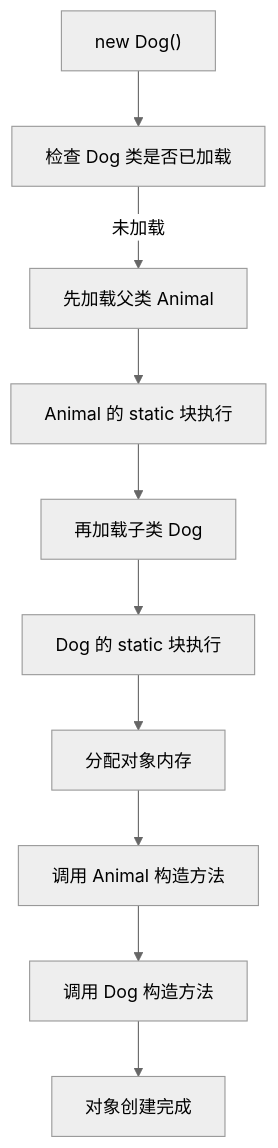
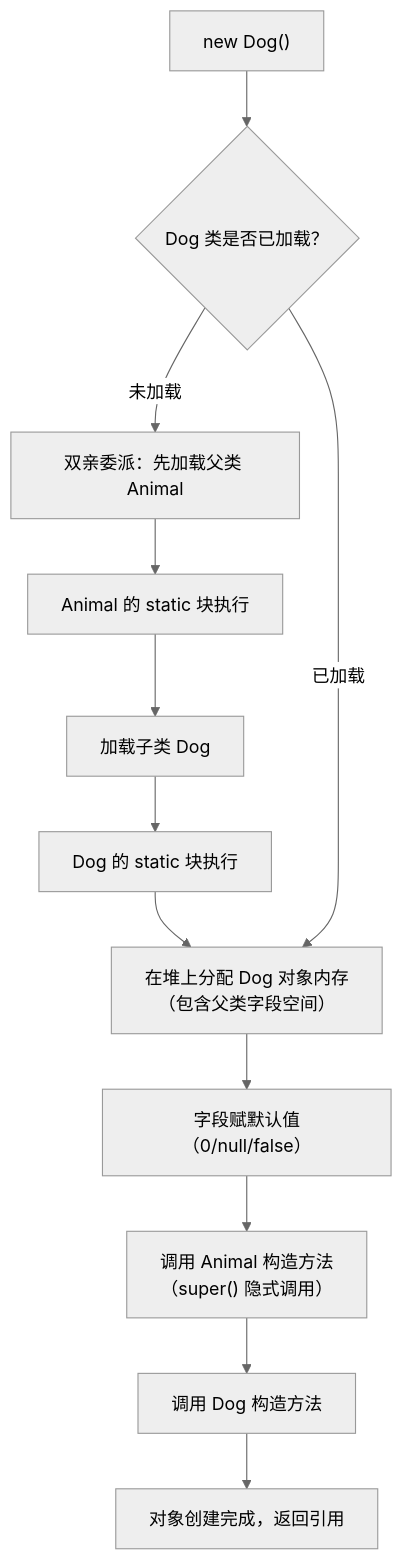
Before and after one commit to b1tzer/b1tzer.github.io: the second of 6 diagrams in docs/01-java-basic/01-面向对象.md, drawn with Mermaid (neutral theme). The commit also changed other lines of this file and 2 other files, not shown here.

````diff
--- a/docs/01-java-basic/01-面向对象.md
+++ b/docs/01-java-basic/01-面向对象.md
@@ -158,12 +172,14 @@
 ```mermaid
 flowchart TD
-    A["new Dog()"] --> B["检查 Dog 类是否已加载"]
-    B -->|"未加载"| C["先加载父类 Animal"]
+    A["new Dog()"] --> B{"Dog 类是否已加载？"}
+    B -->|"未加载"| C["双亲委派：先加载父类 Animal"]
     C --> D["Animal 的 static 块执行"]
-    D --> E["再加载子类 Dog"]
+    D --> E["加载子类 Dog"]
     E --> F["Dog 的 static 块执行"]
-    F --> G["分配对象内存"]
-    G --> H["调用 Animal 构造方法"]
-    H --> I["调用 Dog 构造方法"]
-    I --> J["对象创建完成"]
+    F --> G["在堆上分配 Dog 对象内存\n（包含父类字段空间）"]
+    G --> H["字段赋默认值（0/null/false）"]
+    H --> I["调用 Animal 构造方法\n（super() 隐式调用）"]
+    I --> J["调用 Dog 构造方法"]
+    J --> K["对象创建完成，返回引用"]
+    B -->|"已加载"| G
 ```
````
